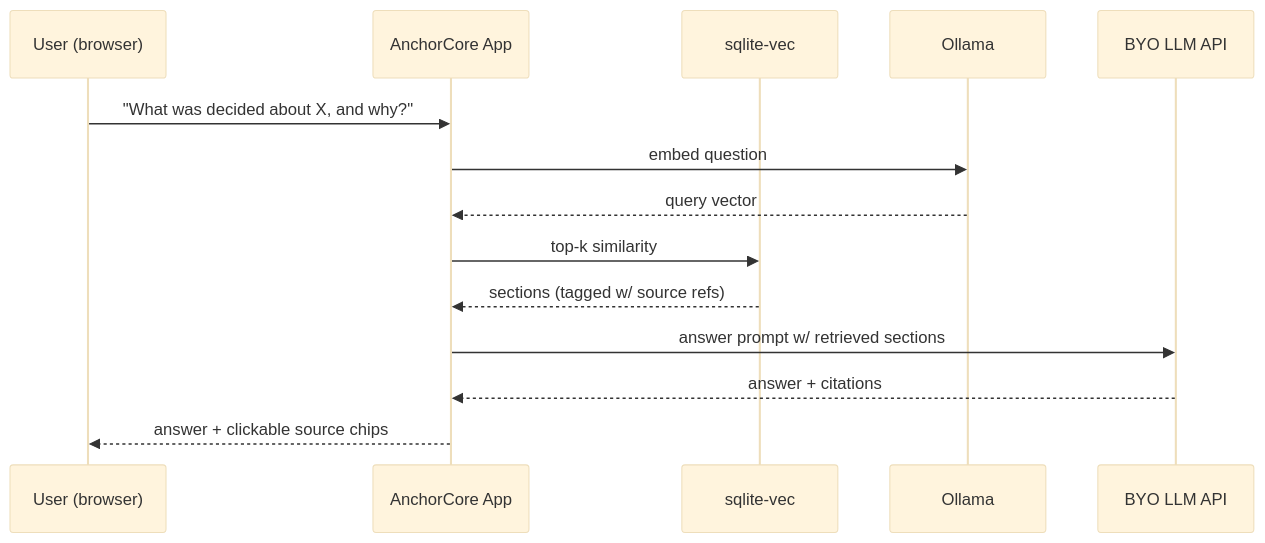
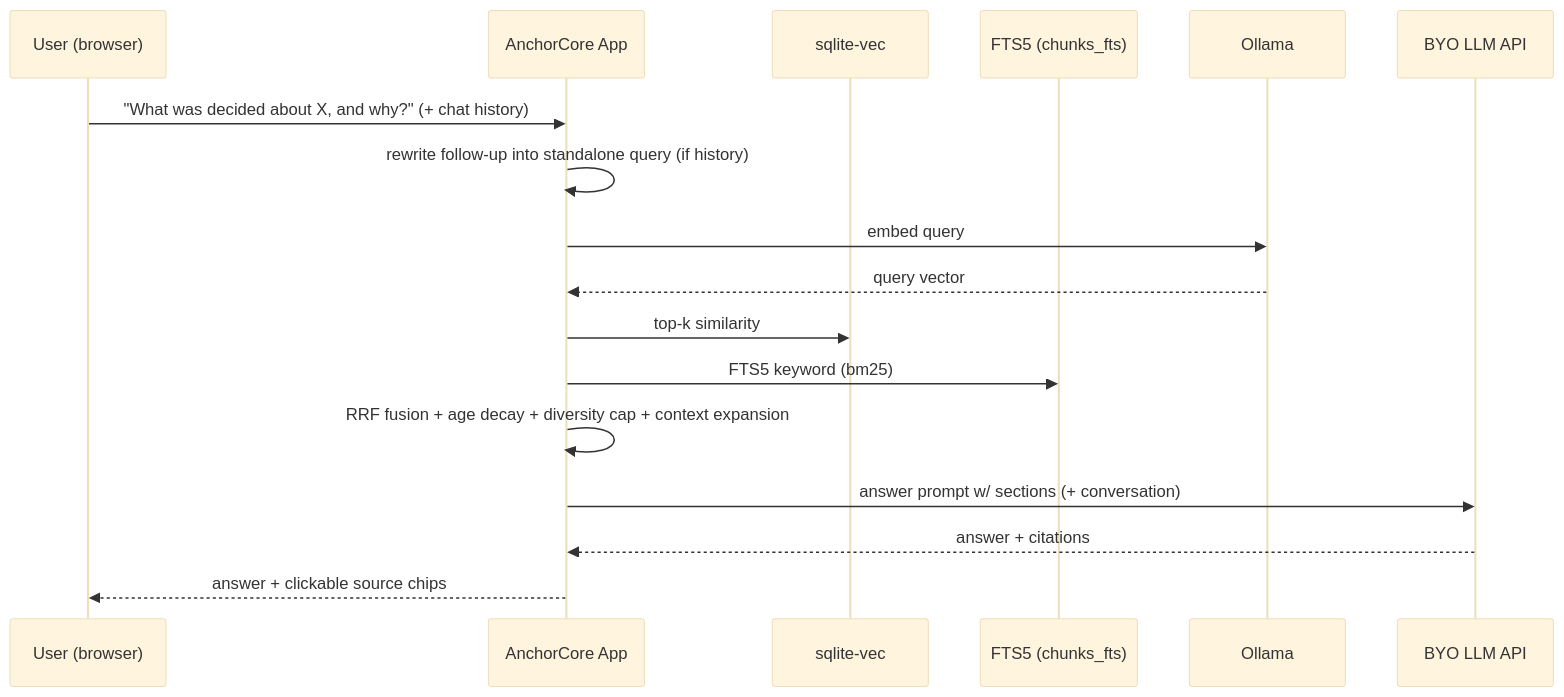
The third of 4 diagrams in docs/architecture.md (Atsirkunov/anchorcore), drawn with Mermaid (base theme) before and after one commit. The commit also changed other lines of this file and 1 other file, not shown here.

Commit message:
Docs: sync README + architecture with current stack (document-aware classification, FTS5 hybrid, runtime settings, jobs/cancel, follow-ups, packaged builds)

````diff
--- a/docs/architecture.md
+++ b/docs/architecture.md
@@ -60,17 +66,20 @@
 ```mermaid
 sequenceDiagram
     participant U as User (browser)
     participant A as AnchorCore App
     participant V as sqlite-vec
+    participant F as FTS5 (chunks_fts)
     participant O as Ollama
     participant M as BYO LLM API
 
-    U->>A: "What was decided about X, and why?"
-    A->>O: embed question
+    U->>A: "What was decided about X, and why?" (+ chat history)
+    A->>A: rewrite follow-up into standalone query (if history)
+    A->>O: embed query
     O-->>A: query vector
     A->>V: top-k similarity
-    V-->>A: sections (tagged w/ source refs)
-    A->>M: answer prompt w/ retrieved sections
+    A->>F: FTS5 keyword (bm25)
+    A->>A: RRF fusion + age decay + diversity cap + context expansion
+    A->>M: answer prompt w/ sections (+ conversation)
     M-->>A: answer + citations
     A-->>U: answer + clickable source chips
 ```
````
